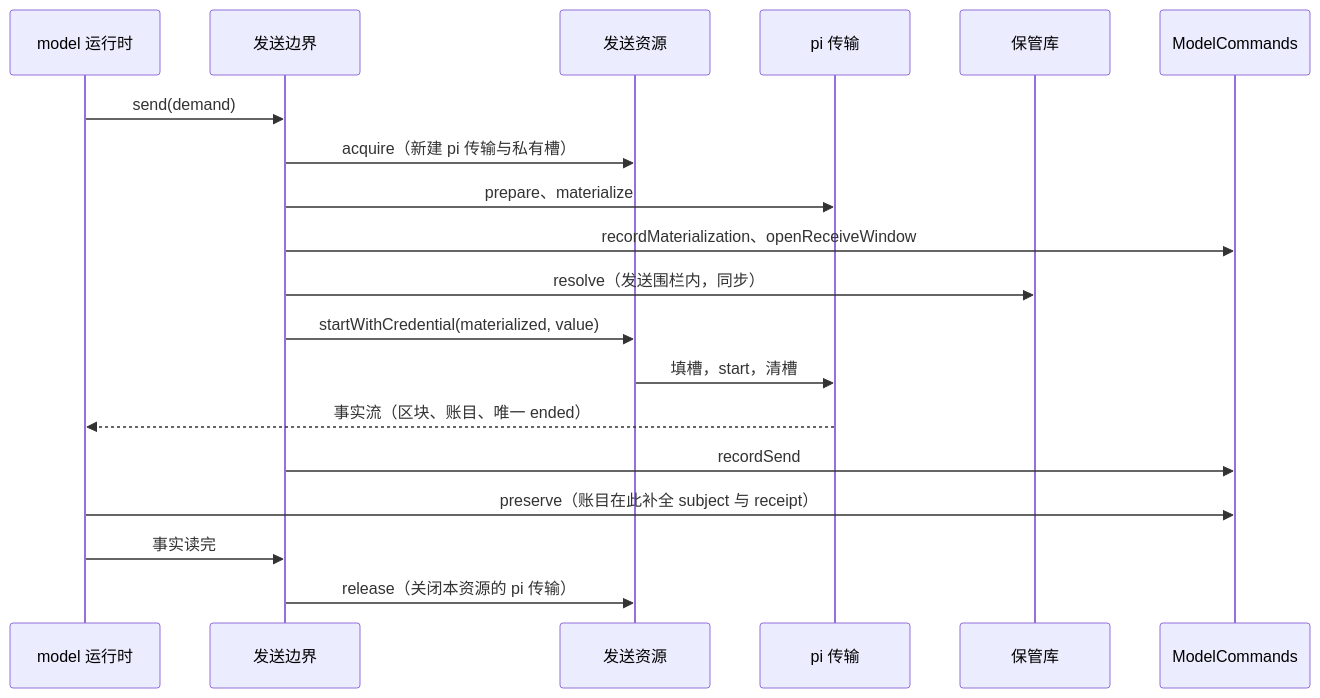
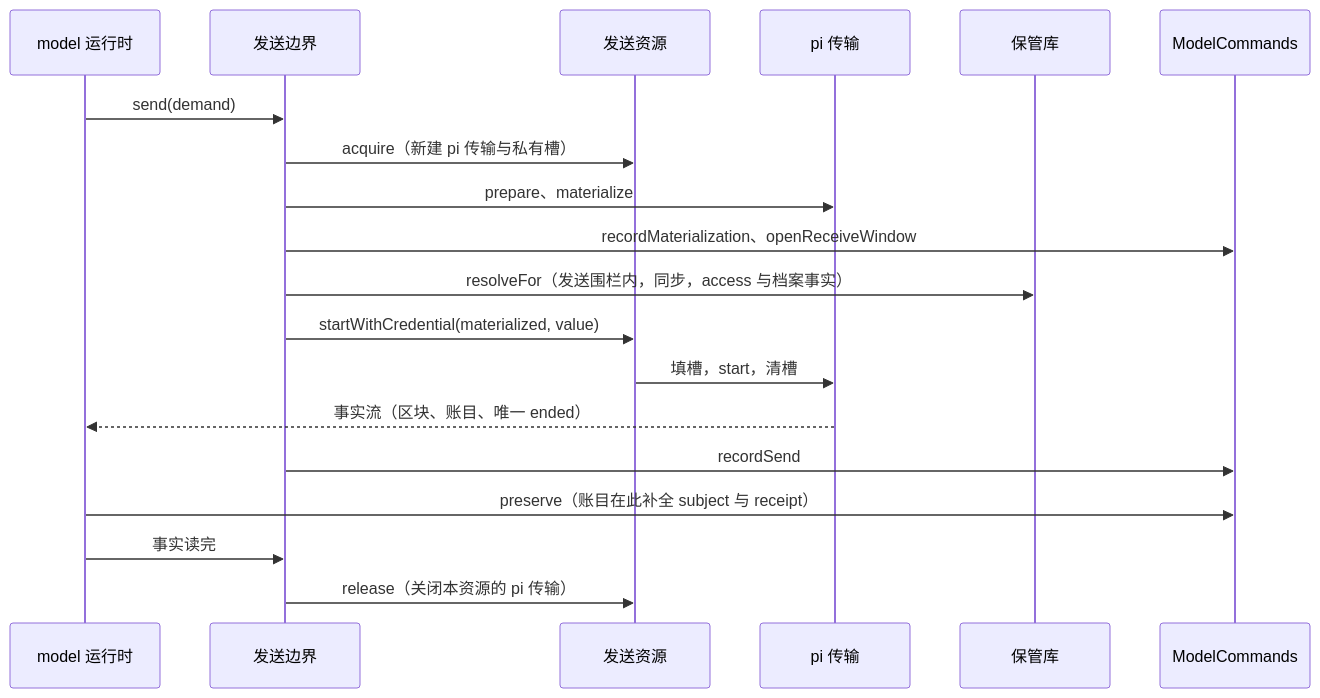
The second of 2 diagrams in packages/model/model-host-local/docs/flows.md (nemori-ai/omne-harness-lite), drawn with Mermaid before and after one commit. The commit also changed other lines of this file and 11 other files, not shown here.

````diff
--- a/packages/model/model-host-local/docs/flows.md
+++ b/packages/model/model-host-local/docs/flows.md
@@ -38,21 +38,21 @@
 ```mermaid
 sequenceDiagram
   participant Runtime as model 运行时
   participant Boundary as 发送边界
   participant Resource as 发送资源
   participant Pi as pi 传输
   participant Custodian as 保管库
   participant Commands as ModelCommands
   Runtime->>Boundary: send(demand)
   Boundary->>Resource: acquire（新建 pi 传输与私有槽）
   Boundary->>Pi: prepare、materialize
   Boundary->>Commands: recordMaterialization、openReceiveWindow
-  Boundary->>Custodian: resolve（发送围栏内，同步）
+  Boundary->>Custodian: resolveFor（发送围栏内，同步，access 与档案事实）
   Boundary->>Resource: startWithCredential(materialized, value)
   Resource->>Pi: 填槽，start，清槽
   Pi-->>Runtime: 事实流（区块、账目、唯一 ended）
   Boundary->>Commands: recordSend
   Runtime->>Commands: preserve（账目在此补全 subject 与 receipt）
   Runtime->>Boundary: 事实读完
   Boundary->>Resource: release（关闭本资源的 pi 传输）
 ```
````
